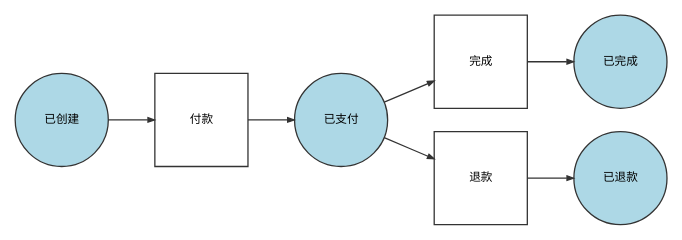
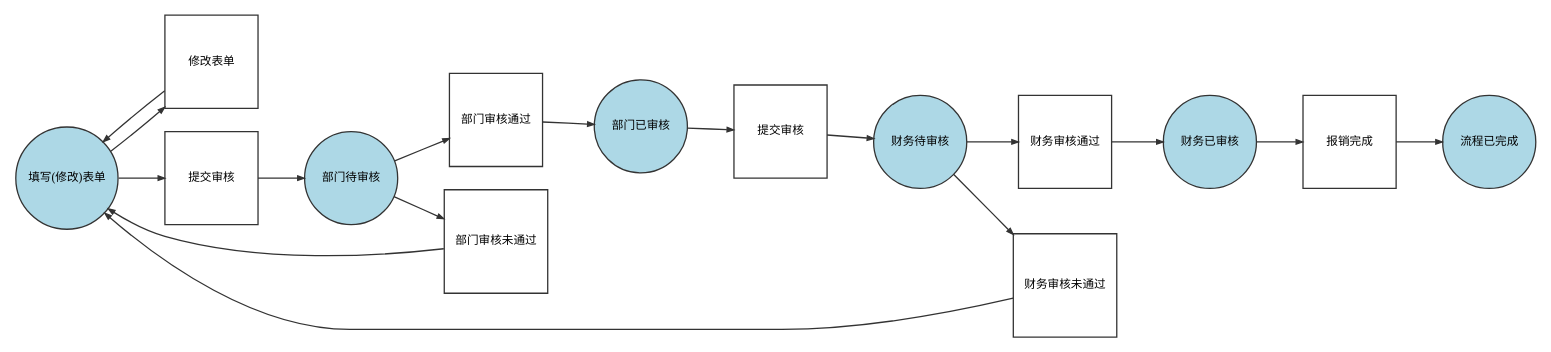
One commit to iamxcd/workflow changed the diagram in example/tmp.dot. Above: the diagram before and after it, drawn with Graphviz. The commit also changed 5 other files, not shown here.

```diff
--- a/example/tmp.dot
+++ b/example/tmp.dot
@@ -1,19 +1,36 @@
 digraph workflow {
   ratio="compress" rankdir="LR"
   node [fontsize="9" fontname="SimSun" color="#333333" fillcolor="lightblue" fixedsize="false" width="1"];
   edge [fontsize="9" fontname="SimSun" color="#333333" arrowhead="normal" arrowsize="0.5"];
 
-  place_21c50805b553b7a40e48394a5d77d442587ddee2 [label="已创建", shape=circle style="filled"];
-  place_9e1f1120d2eedc498808e1d855cfdbbd5564f22b [label="已支付", shape=circle style="filled"];
-  place_231e564db4cdb44a6545583a8d460edc7f9f97ca [label="已完成", shape=circle style="filled"];
-  place_a994ad4d435724c621cf03d9bbeb61bc270c6a82 [label="已退款", shape=circle style="filled"];
-  transition_b6589fc6ab0dc82cf12099d1c2d40ab994e8410c [label="付款", shape="box" regular="1"];
-  transition_356a192b7913b04c54574d18c28d46e6395428ab [label="完成", shape="box" regular="1"];
-  transition_da4b9237bacccdf19c0760cab7aec4a8359010b0 [label="退款", shape="box" regular="1"];
-  place_21c50805b553b7a40e48394a5d77d442587ddee2 -> transition_b6589fc6ab0dc82cf12099d1c2d40ab994e8410c [style="solid"];
-  transition_b6589fc6ab0dc82cf12099d1c2d40ab994e8410c -> place_9e1f1120d2eedc498808e1d855cfdbbd5564f22b [style="solid"];
-  place_9e1f1120d2eedc498808e1d855cfdbbd5564f22b -> transition_356a192b7913b04c54574d18c28d46e6395428ab [style="solid"];
-  transition_356a192b7913b04c54574d18c28d46e6395428ab -> place_231e564db4cdb44a6545583a8d460edc7f9f97ca [style="solid"];
-  place_9e1f1120d2eedc498808e1d855cfdbbd5564f22b -> transition_da4b9237bacccdf19c0760cab7aec4a8359010b0 [style="solid"];
-  transition_da4b9237bacccdf19c0760cab7aec4a8359010b0 -> place_a994ad4d435724c621cf03d9bbeb61bc270c6a82 [style="solid"];
+  place_7505d64a54e061b7acd54ccd58b49dc43500b635 [label="填写(修改)表单", shape=circle style="filled"];
+  place_506e1c74f74872f94c75d31912e5198224fa1723 [label="部门待审核", shape=circle style="filled"];
+  place_5e5ebddbb8b5c7bde31eb2c71a42aa79bc9ccc35 [label="部门已审核", shape=circle style="filled"];
+  place_2bddd0713ea4b4492be85b4c687be76c5e892a97 [label="财务待审核", shape=circle style="filled"];
+  place_ae2bc5d3717251208e59c76776fdfc75d565092a [label="财务已审核", shape=circle style="filled"];
+  place_f47f5c2dce52760f0b0beb2f16c153226d0f3c88 [label="流程已完成", shape=circle style="filled"];
+  transition_b6589fc6ab0dc82cf12099d1c2d40ab994e8410c [label="修改表单", shape="box" regular="1"];
+  transition_356a192b7913b04c54574d18c28d46e6395428ab [label="提交审核", shape="box" regular="1"];
+  transition_da4b9237bacccdf19c0760cab7aec4a8359010b0 [label="部门审核通过", shape="box" regular="1"];
+  transition_77de68daecd823babbb58edb1c8e14d7106e83bb [label="部门审核未通过", shape="box" regular="1"];
+  transition_1b6453892473a467d07372d45eb05abc2031647a [label="提交审核", shape="box" regular="1"];
+  transition_ac3478d69a3c81fa62e60f5c3696165a4e5e6ac4 [label="财务审核通过", shape="box" regular="1"];
+  transition_c1dfd96eea8cc2b62785275bca38ac261256e278 [label="财务审核未通过", shape="box" regular="1"];
+  transition_902ba3cda1883801594b6e1b452790cc53948fda [label="报销完成", shape="box" regular="1"];
+  place_7505d64a54e061b7acd54ccd58b49dc43500b635 -> transition_b6589fc6ab0dc82cf12099d1c2d40ab994e8410c [style="solid"];
+  transition_b6589fc6ab0dc82cf12099d1c2d40ab994e8410c -> place_7505d64a54e061b7acd54ccd58b49dc43500b635 [style="solid"];
+  place_7505d64a54e061b7acd54ccd58b49dc43500b635 -> transition_356a192b7913b04c54574d18c28d46e6395428ab [style="solid"];
+  transition_356a192b7913b04c54574d18c28d46e6395428ab -> place_506e1c74f74872f94c75d31912e5198224fa1723 [style="solid"];
+  place_506e1c74f74872f94c75d31912e5198224fa1723 -> transition_da4b9237bacccdf19c0760cab7aec4a8359010b0 [style="solid"];
+  transition_da4b9237bacccdf19c0760cab7aec4a8359010b0 -> place_5e5ebddbb8b5c7bde31eb2c71a42aa79bc9ccc35 [style="solid"];
+  place_506e1c74f74872f94c75d31912e5198224fa1723 -> transition_77de68daecd823babbb58edb1c8e14d7106e83bb [style="solid"];
+  transition_77de68daecd823babbb58edb1c8e14d7106e83bb -> place_7505d64a54e061b7acd54ccd58b49dc43500b635 [style="solid"];
+  place_5e5ebddbb8b5c7bde31eb2c71a42aa79bc9ccc35 -> transition_1b6453892473a467d07372d45eb05abc2031647a [style="solid"];
+  transition_1b6453892473a467d07372d45eb05abc2031647a -> place_2bddd0713ea4b4492be85b4c687be76c5e892a97 [style="solid"];
+  place_2bddd0713ea4b4492be85b4c687be76c5e892a97 -> transition_ac3478d69a3c81fa62e60f5c3696165a4e5e6ac4 [style="solid"];
+  transition_ac3478d69a3c81fa62e60f5c3696165a4e5e6ac4 -> place_ae2bc5d3717251208e59c76776fdfc75d565092a [style="solid"];
+  place_2bddd0713ea4b4492be85b4c687be76c5e892a97 -> transition_c1dfd96eea8cc2b62785275bca38ac261256e278 [style="solid"];
+  transition_c1dfd96eea8cc2b62785275bca38ac261256e278 -> place_7505d64a54e061b7acd54ccd58b49dc43500b635 [style="solid"];
+  place_ae2bc5d3717251208e59c76776fdfc75d565092a -> transition_902ba3cda1883801594b6e1b452790cc53948fda [style="solid"];
+  transition_902ba3cda1883801594b6e1b452790cc53948fda -> place_f47f5c2dce52760f0b0beb2f16c153226d0f3c88 [style="solid"];
 }
```
